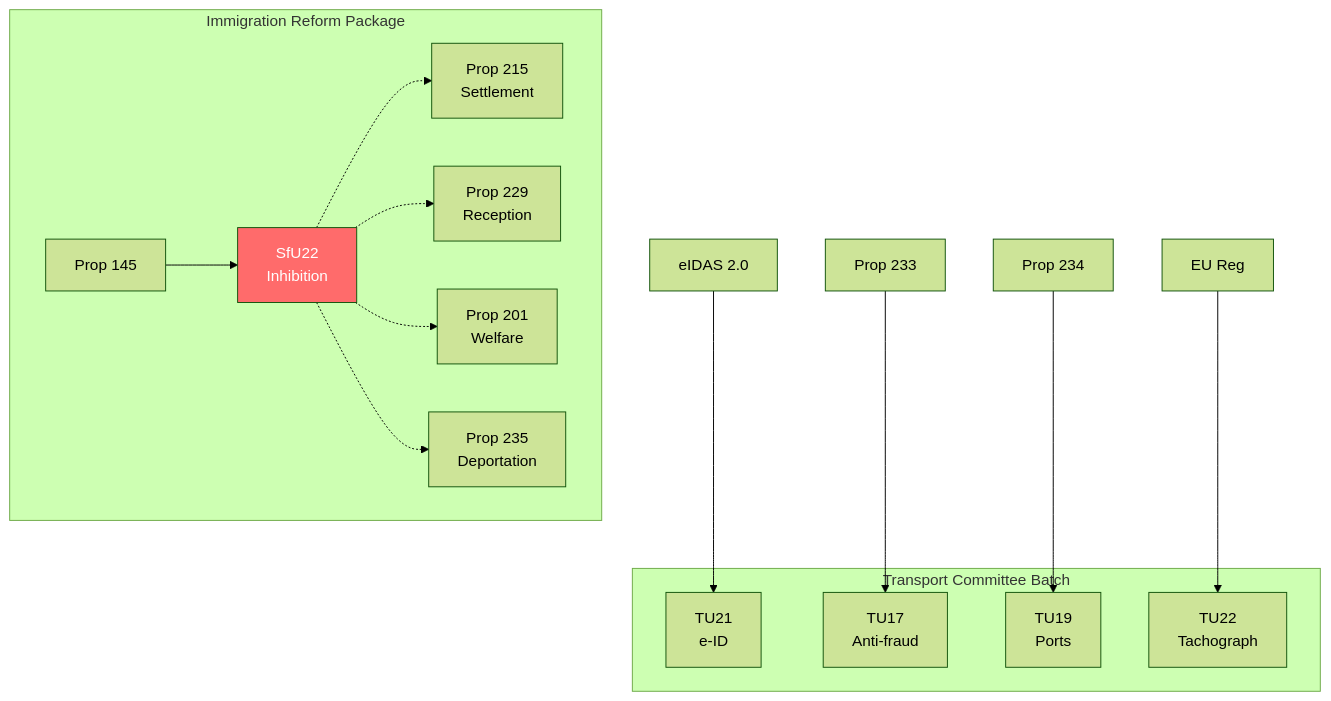
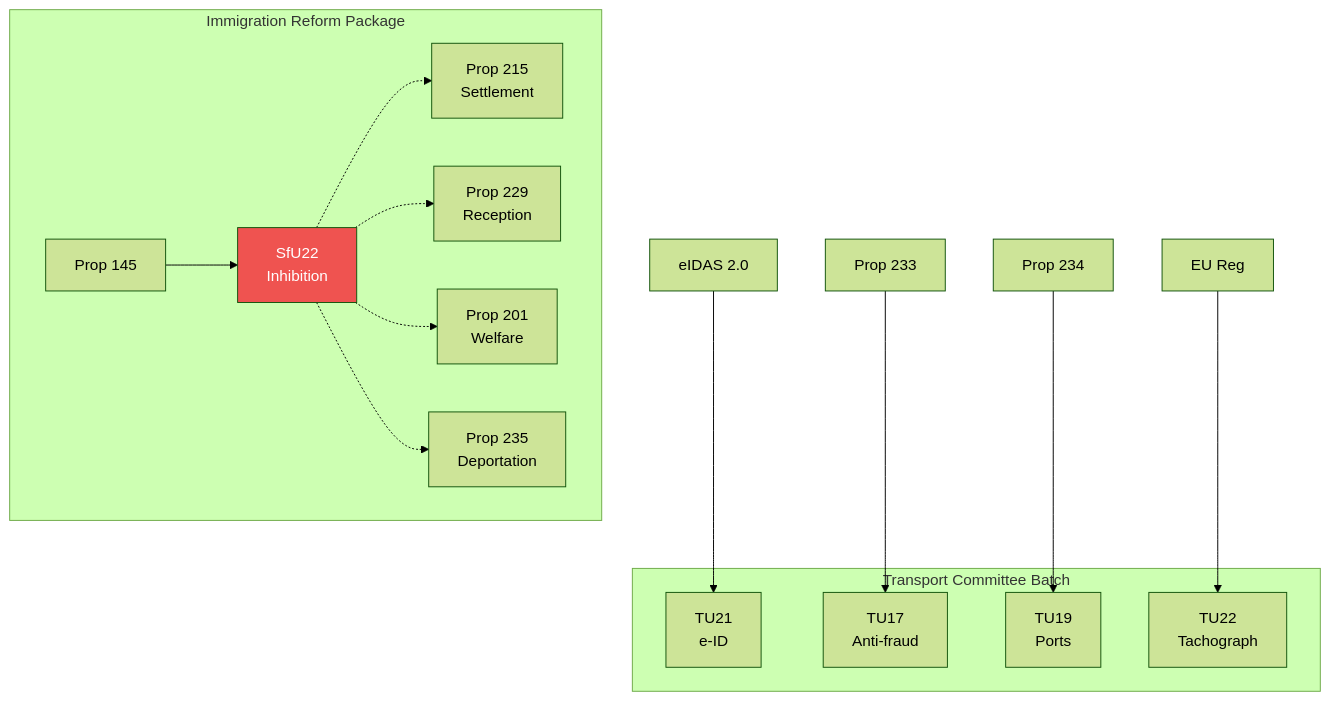
Before and after one commit to Hack23/riksdagsmonitor: the diagram in analysis/daily/2026-04-16/committeeReports/cross-reference-map.md, drawn with Mermaid (forest theme). The commit also changed 785 other files, not shown here.

First line of the commit message:
Normalize mermaid colors across 786 analysis artifacts to ISMS Style Guide palette

````diff
--- a/analysis/daily/2026-04-16/committeeReports/cross-reference-map.md
+++ b/analysis/daily/2026-04-16/committeeReports/cross-reference-map.md
@@ -34,27 +34,27 @@
 ```mermaid
 graph TD
     subgraph Immigration["Immigration Reform Package"]
-        style SfU22 fill:#ff6b6b,color:#fff
+        style SfU22 fill:#EF5350,color:#FFFFFF
         SfU22["SfU22\nInhibition"]
         P145["Prop 145"]
         P215["Prop 215\nSettlement"]
         P229["Prop 229\nReception"]
         P201["Prop 201\nWelfare"]
         P235["Prop 235\nDeportation"]
     end
     subgraph Transport["Transport Committee Batch"]
         TU21["TU21\ne-ID"]
         TU17["TU17\nAnti-fraud"]
         TU19["TU19\nPorts"]
         TU22["TU22\nTachograph"]
     end
     P145 --> SfU22
     SfU22 -.-> P215
     SfU22 -.-> P229
     SfU22 -.-> P201
     SfU22 -.-> P235
     eIDAS["eIDAS 2.0"] --> TU21
     P233["Prop 233"] --> TU17
     P234["Prop 234"] --> TU19
     EU_Reg["EU Reg"] --> TU22
 ```
````
